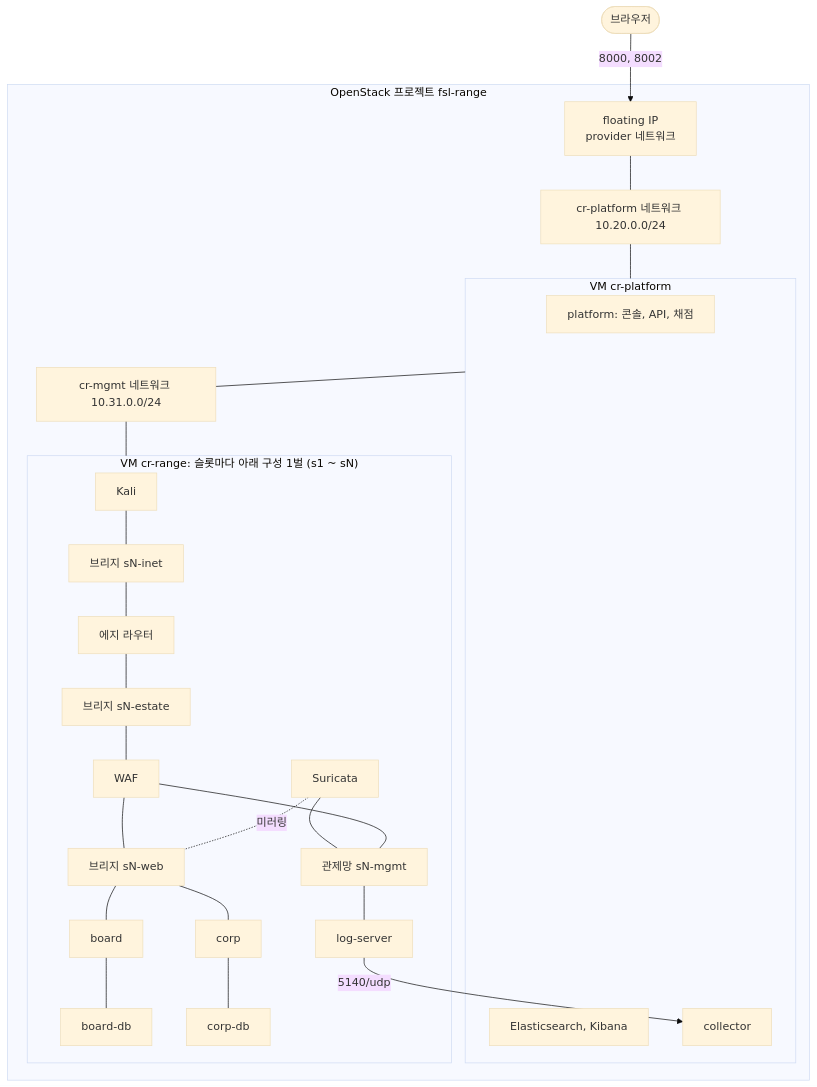
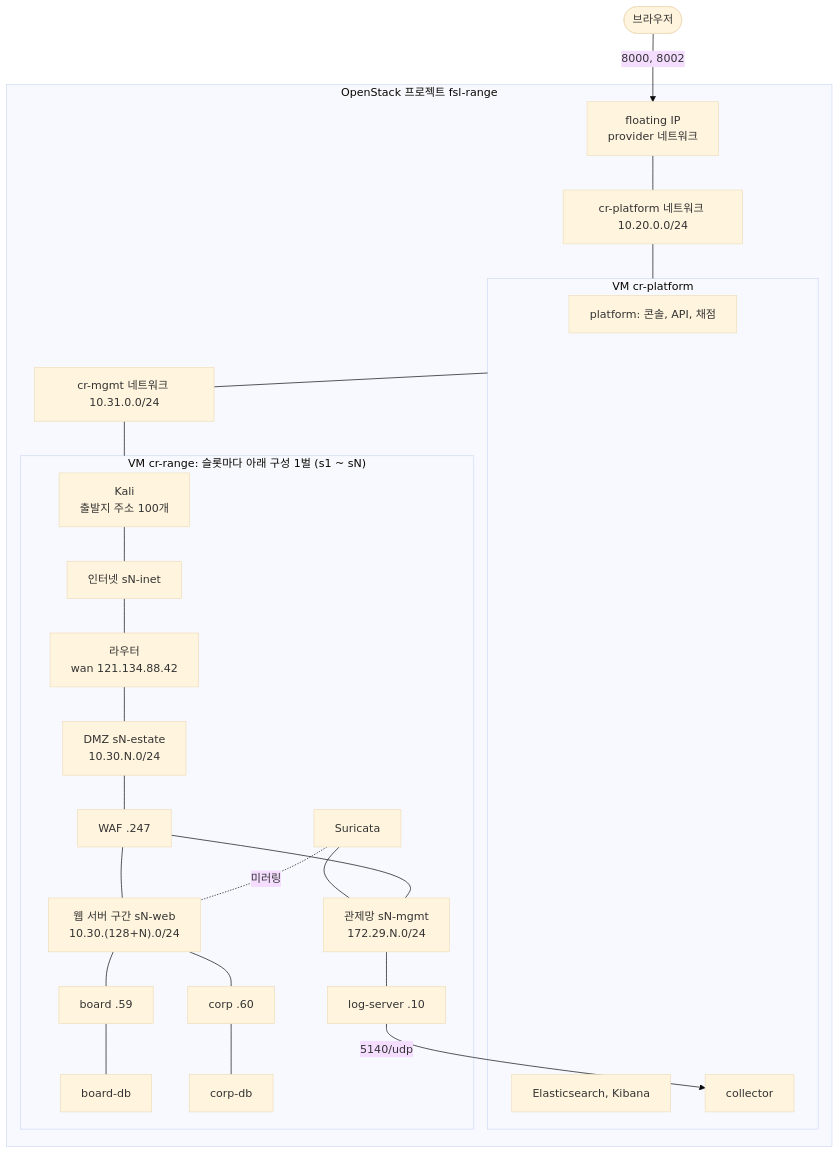
Before and after one commit to Nekonic/fsl-project-mvp: the diagram in README.md, drawn with Mermaid (base theme). The commit also changed other lines of this file and 1 other file, not shown here.

````diff
--- a/README.md
+++ b/README.md
@@ -31,31 +32,31 @@
 ```mermaid
 flowchart TB
   user(["브라우저"]) -->|"8000, 8002"| fip["floating IP<br/>provider 네트워크"]
   subgraph os["OpenStack 프로젝트 fsl-range"]
     fip --- pnet["cr-platform 네트워크 10.20.0.0/24"]
     pnet --- pvm
     subgraph pvm["VM cr-platform"]
       platform["platform: 콘솔, API, 채점"]
       elk["Elasticsearch, Kibana"]
       collector["collector"]
     end
     pvm --- mgmt["cr-mgmt 네트워크 10.31.0.0/24"]
     mgmt --- rvm
     subgraph rvm["VM cr-range: 슬롯마다 아래 구성 1벌 (s1 ~ sN)"]
-      kali["Kali"] --- inet["브리지 sN-inet"]
-      inet --- edge["에지 라우터"]
-      edge --- estate["브리지 sN-estate"]
-      estate --- waf["WAF"]
-      waf --- web["브리지 sN-web"]
-      web --- board["board"]
-      web --- corp["corp"]
+      kali["Kali<br/>출발지 주소 100개"] --- inet["인터넷 sN-inet"]
+      inet --- edge["라우터<br/>wan 121.134.88.42"]
+      edge --- estate["DMZ sN-estate<br/>10.30.N.0/24"]
+      estate --- waf["WAF .247"]
+      waf --- web["웹 서버 구간 sN-web<br/>10.30.(128+N).0/24"]
+      web --- board["board .59"]
+      web --- corp["corp .60"]
       board --- boarddb["board-db"]
       corp --- corpdb["corp-db"]
       ids["Suricata"] -. 미러링 .- web
-      ids --- mgmtbr["관제망 sN-mgmt"]
+      ids --- mgmtbr["관제망 sN-mgmt<br/>172.29.N.0/24"]
       waf --- mgmtbr
-      mgmtbr --- logsrv["log-server"]
+      mgmtbr --- logsrv["log-server .10"]
     end
     logsrv -->|"5140/udp"| collector
   end
 ```
````
